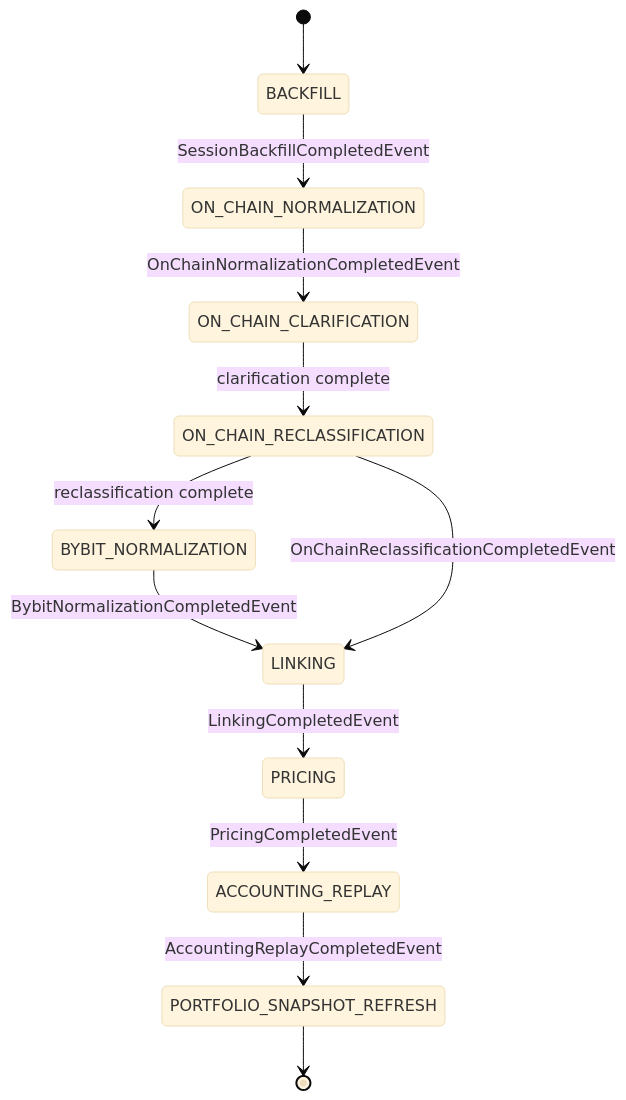
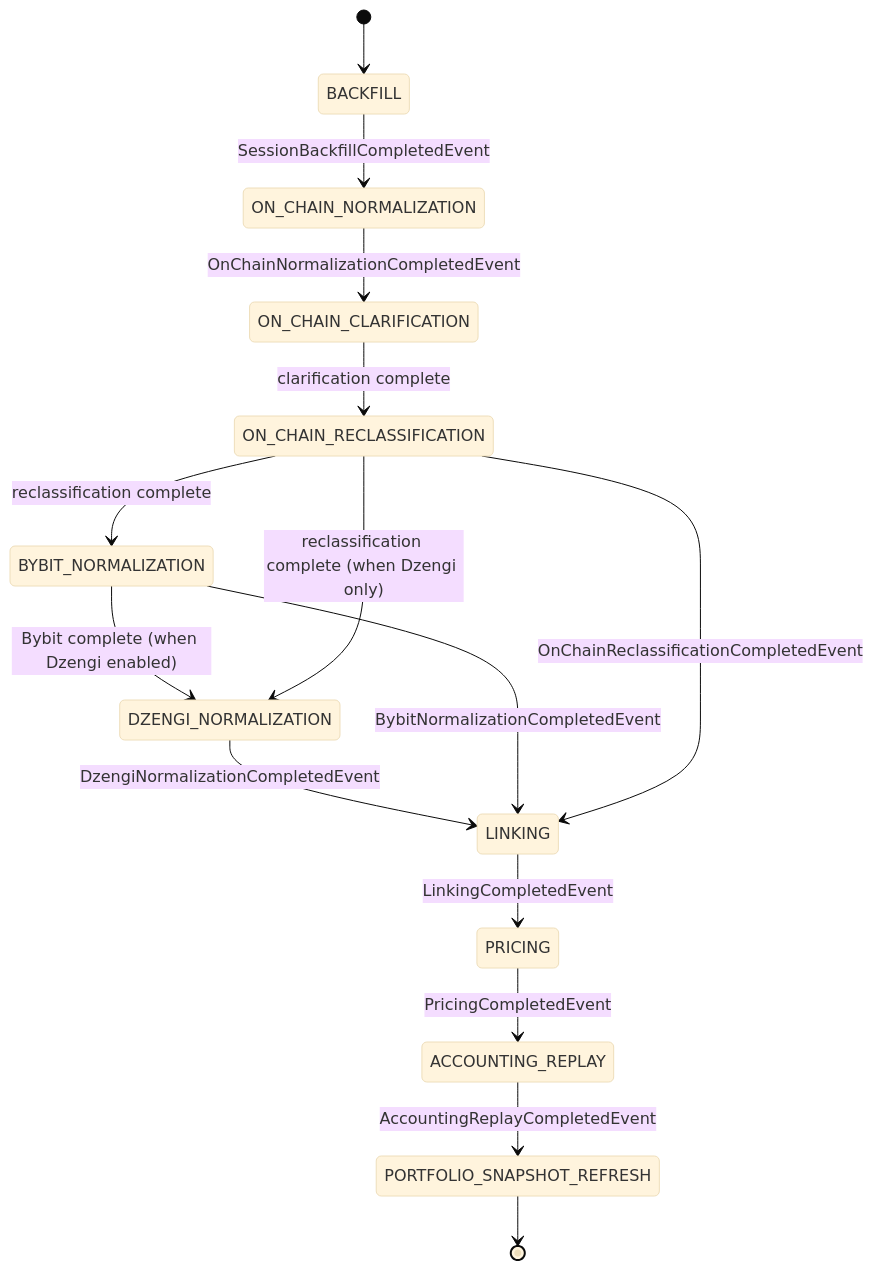
Before and after one commit to Volad/wallet-radar: the diagram in docs/overview/05-pipeline-orchestration.md, drawn with Mermaid (base theme). The commit also changed other lines of this file and 494 other files, not shown here.

````diff
--- a/docs/overview/05-pipeline-orchestration.md
+++ b/docs/overview/05-pipeline-orchestration.md
@@ -8,14 +8,17 @@
 ```mermaid
 stateDiagram-v2
   [*] --> BACKFILL
   BACKFILL --> ON_CHAIN_NORMALIZATION: SessionBackfillCompletedEvent
   ON_CHAIN_NORMALIZATION --> ON_CHAIN_CLARIFICATION: OnChainNormalizationCompletedEvent
   ON_CHAIN_CLARIFICATION --> ON_CHAIN_RECLASSIFICATION: clarification complete
   ON_CHAIN_RECLASSIFICATION --> BYBIT_NORMALIZATION: reclassification complete
+  BYBIT_NORMALIZATION --> DZENGI_NORMALIZATION: Bybit complete (when Dzengi enabled)
+  ON_CHAIN_RECLASSIFICATION --> DZENGI_NORMALIZATION: reclassification complete (when Dzengi only)
+  DZENGI_NORMALIZATION --> LINKING: DzengiNormalizationCompletedEvent
   BYBIT_NORMALIZATION --> LINKING: BybitNormalizationCompletedEvent
   ON_CHAIN_RECLASSIFICATION --> LINKING: OnChainReclassificationCompletedEvent
   LINKING --> PRICING: LinkingCompletedEvent
   PRICING --> ACCOUNTING_REPLAY: PricingCompletedEvent
   ACCOUNTING_REPLAY --> PORTFOLIO_SNAPSHOT_REFRESH: AccountingReplayCompletedEvent
   PORTFOLIO_SNAPSHOT_REFRESH --> [*]
 ```
````
